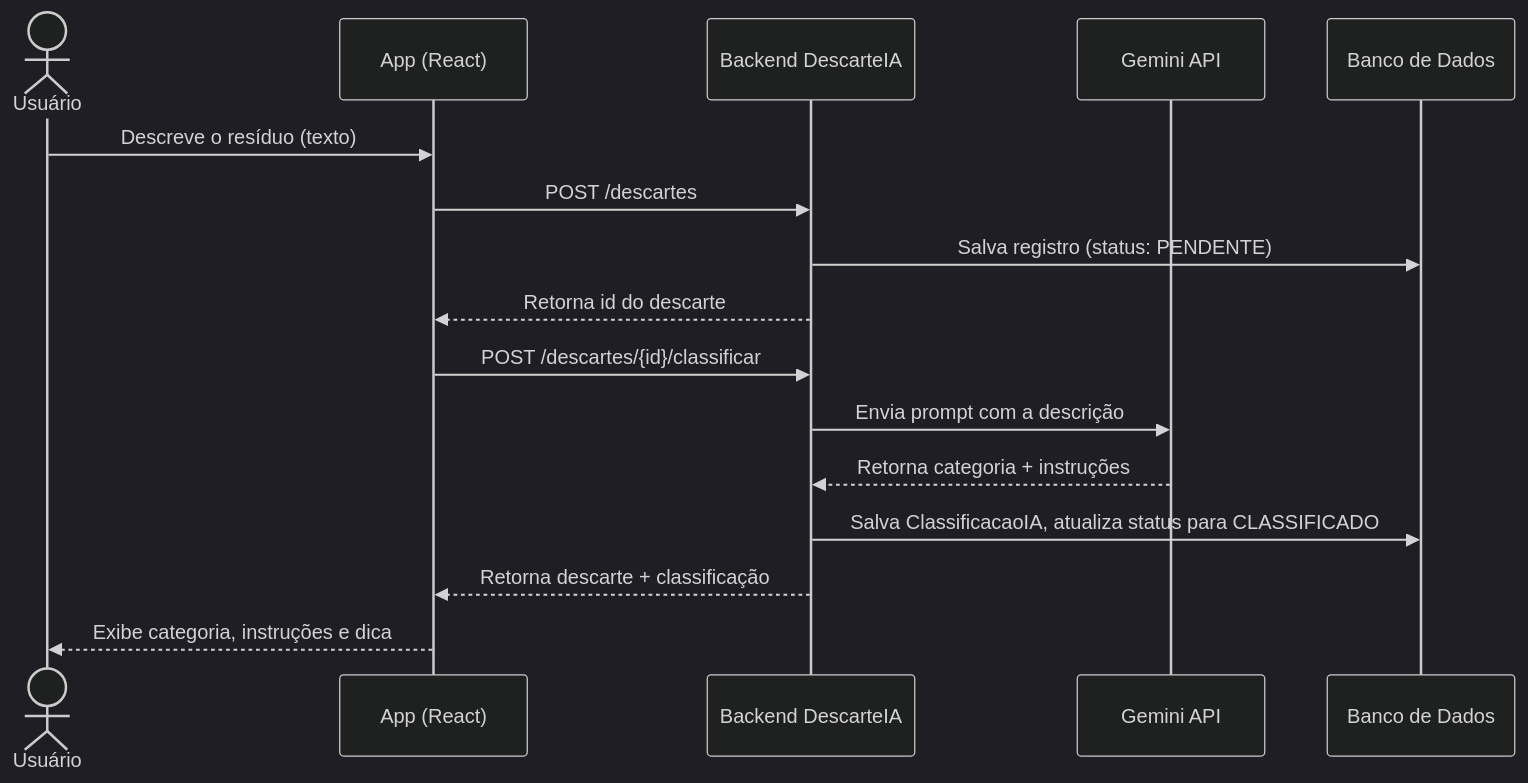
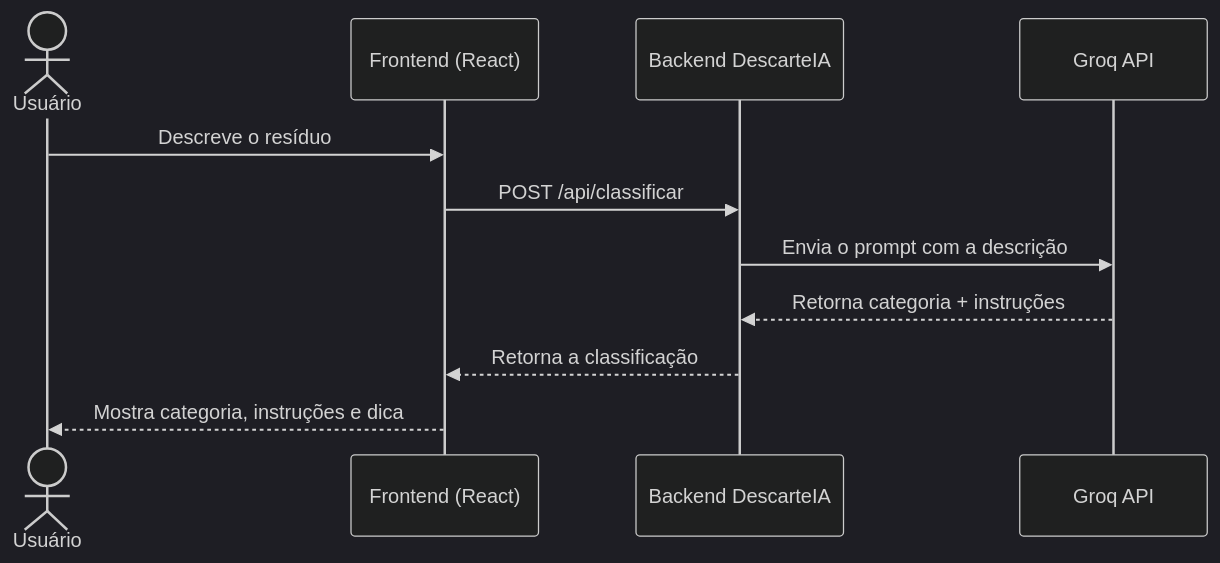
One commit to gabrielroliveira98-cell/App-DescarteIA changed the first of 2 diagrams in docs/diagrama-sequencia.md. Above: the diagram before and after it, drawn with Mermaid (dark theme). The commit also changed other lines of this file and 12 other files, not shown here.

Commit message:
Atualiza os diagramas (C4, classes, banco, casos de uso, sequencia) pra bater com o backend novo

````diff
--- a/docs/diagrama-sequencia.md
+++ b/docs/diagrama-sequencia.md
@@ -5,20 +5,14 @@
 ```mermaid
 sequenceDiagram
     actor U as Usuário
-    participant App as App (React)
+    participant App as Frontend (React)
     participant API as Backend DescarteIA
-    participant IA as Gemini API
-    participant DB as Banco de Dados
+    participant IA as Groq API
 
-    U->>App: Descreve o resíduo (texto)
-    App->>API: POST /descartes
-    API->>DB: Salva registro (status: PENDENTE)
-    API-->>App: Retorna id do descarte
-
-    App->>API: POST /descartes/{id}/classificar
-    API->>IA: Envia prompt com a descrição
+    U->>App: Descreve o resíduo
+    App->>API: POST /api/classificar
+    API->>IA: Envia o prompt com a descrição
     IA-->>API: Retorna categoria + instruções
-    API->>DB: Salva ClassificacaoIA, atualiza status para CLASSIFICADO
-    API-->>App: Retorna descarte + classificação
-    App-->>U: Exibe categoria, instruções e dica
+    API-->>App: Retorna a classificação
+    App-->>U: Mostra categoria, instruções e dica
 ```
````
